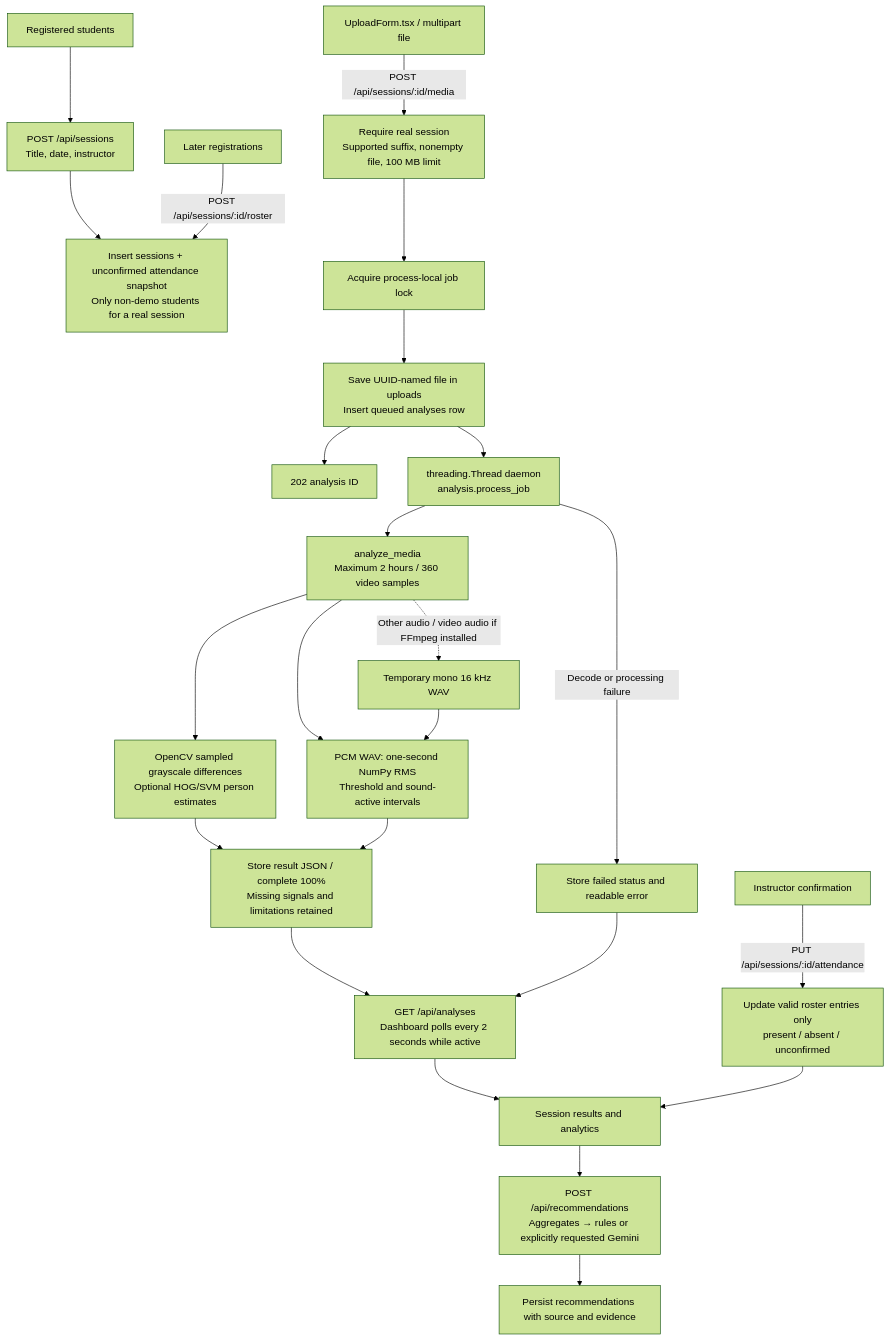
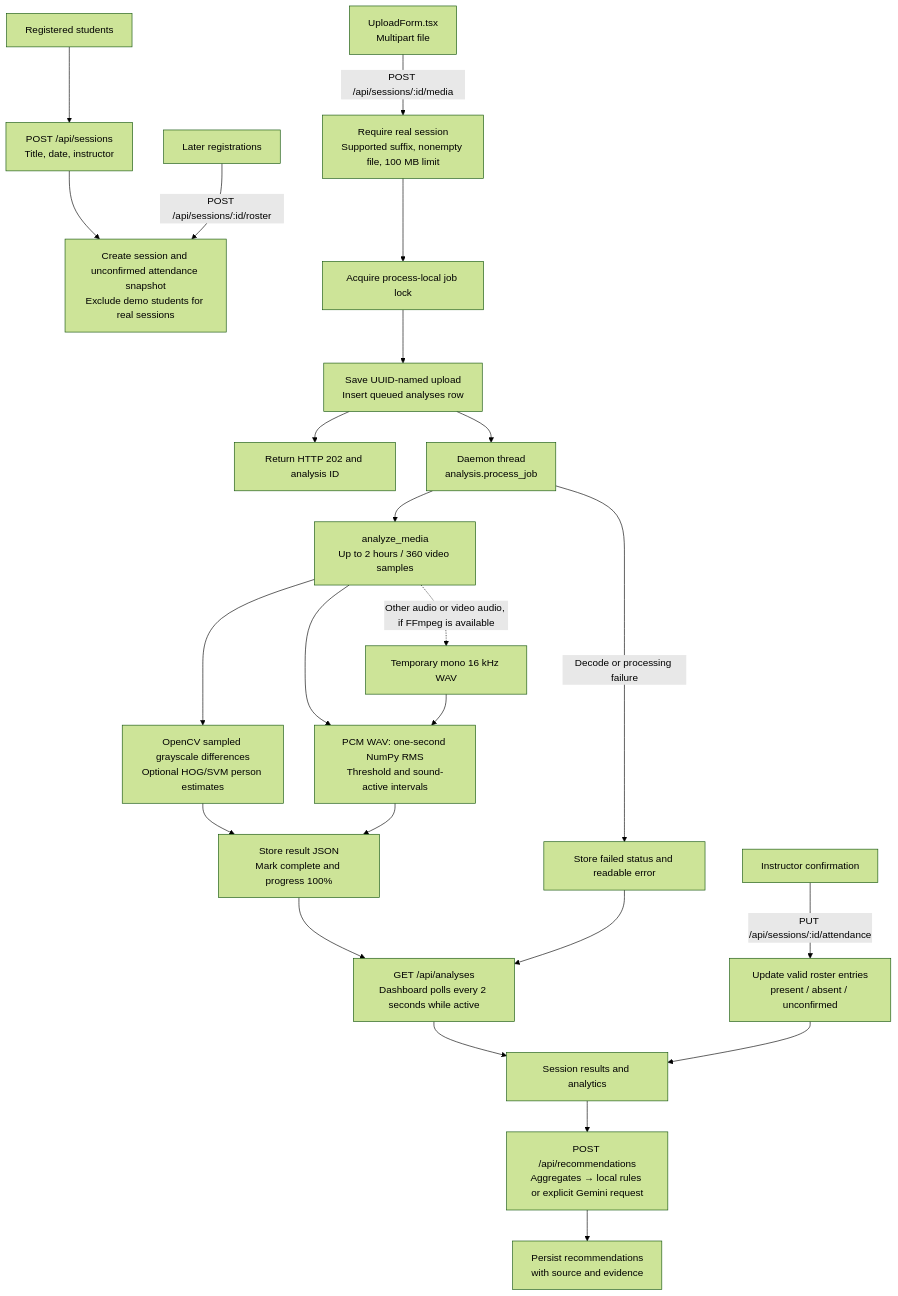
Before and after one commit to harsh5ingh/classroom-insight: the fourth of 5 diagrams in docs/ARCHITECTURE.md, drawn with Mermaid (forest theme). The commit also changed other lines of this file and 5 other files, not shown here.

````diff
--- a/docs/ARCHITECTURE.md
+++ b/docs/ARCHITECTURE.md
@@ -103,26 +159,32 @@
 ```mermaid
 flowchart TD
-    Roster["Registered students"] --> Create["POST /api/sessions\nTitle, date, instructor"]
-    Create --> Snapshot["Insert sessions + unconfirmed attendance snapshot\nOnly non-demo students for a real session"]
-    Instructor["Instructor confirmation"] -->|"PUT /api/sessions/:id/attendance"| Attendance["Update valid roster entries only\npresent / absent / unconfirmed"]
+    Roster["Registered students"] --> Create["POST /api/sessions<br/>Title, date, instructor"]
+    Create --> Snapshot["Create session and unconfirmed attendance snapshot<br/>Exclude demo students for real sessions"]
+
+    Instructor["Instructor confirmation"] -->|"PUT /api/sessions/:id/attendance"| Attendance["Update valid roster entries<br/>present / absent / unconfirmed"]
     NewStudents["Later registrations"] -->|"POST /api/sessions/:id/roster"| Snapshot
-    Upload["UploadForm.tsx / multipart file"] -->|"POST /api/sessions/:id/media"| Validate["Require real session\nSupported suffix, nonempty file, 100 MB limit"]
+
+    Upload["UploadForm.tsx<br/>Multipart file"] -->|"POST /api/sessions/:id/media"| Validate["Require real session<br/>Supported suffix, nonempty file, 100 MB limit"]
     Validate --> Lock["Acquire process-local job lock"]
-    Lock --> Store["Save UUID-named file in uploads\nInsert queued analyses row"]
-    Store --> Reply["202 analysis ID"]
-    Store --> Thread["threading.Thread daemon\nanalysis.process_job"]
-    Thread --> Decode["analyze_media\nMaximum 2 hours / 360 video samples"]
-    Decode --> Video["OpenCV sampled grayscale differences\nOptional HOG/SVM person estimates"]
-    Decode --> WAV["PCM WAV: one-second NumPy RMS\nThreshold and sound-active intervals"]
-    Decode -. "Other audio / video audio if FFmpeg installed" .-> FFmpeg["Temporary mono 16 kHz WAV"]
+    Lock --> Store["Save UUID-named upload<br/>Insert queued analyses row"]
+    Store --> Reply["Return HTTP 202 and analysis ID"]
+    Store --> Thread["Daemon thread<br/>analysis.process_job"]
+
+    Thread --> Decode["analyze_media<br/>Up to 2 hours / 360 video samples"]
+    Decode --> Video["OpenCV sampled grayscale differences<br/>Optional HOG/SVM person estimates"]
+    Decode --> WAV["PCM WAV: one-second NumPy RMS<br/>Threshold and sound-active intervals"]
+    Decode -.->|"Other audio or video audio, if FFmpeg is available"| FFmpeg["Temporary mono 16 kHz WAV"]
     FFmpeg --> WAV
-    Video --> Complete["Store result JSON / complete 100%\nMissing signals and limitations retained"]
+
+    Video --> Complete["Store result JSON<br/>Mark complete and progress 100%"]
     WAV --> Complete
     Thread -->|"Decode or processing failure"| Failed["Store failed status and readable error"]
-    Complete --> Poll["GET /api/analyses\nDashboard polls every 2 seconds while active"]
+
+    Complete --> Poll["GET /api/analyses<br/>Dashboard polls every 2 seconds while active"]
     Failed --> Poll
     Poll --> Charts["Session results and analytics"]
     Attendance --> Charts
-    Charts --> Suggestions["POST /api/recommendations\nAggregates → rules or explicitly requested Gemini"]
-    Suggestions --> SavedSuggestions["Persist recommendations with source and evidence"]
+
+    Charts --> Suggestions["POST /api/recommendations<br/>Aggregates → local rules or explicit Gemini request"]
+    Suggestions --> SavedSuggestions["Persist recommendations<br/>with source and evidence"]
 ```
````
